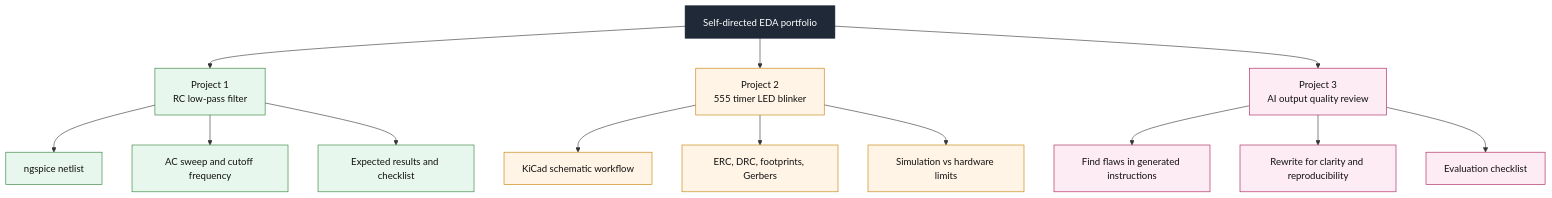
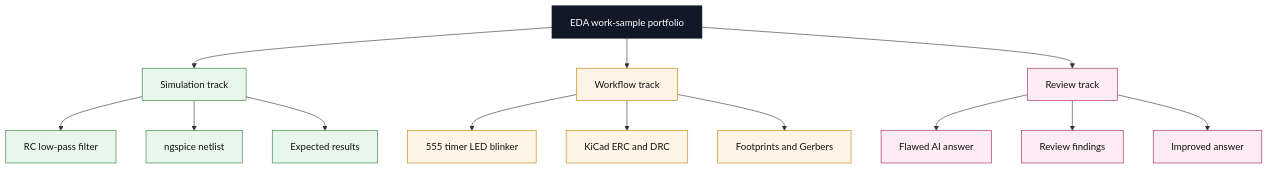
Before and after one commit to onehermes/eda-design-simulation-work-samples: the diagram in README.md, drawn with Mermaid. The commit also changed other lines of this file, not shown here.

Commit message:
Make the portfolio README more visual

````diff
--- a/README.md
+++ b/README.md
@@ -9,27 +37,27 @@
 ```mermaid
 flowchart TB
-    A[Self-directed EDA portfolio] --> B[Project 1<br/>RC low-pass filter]
-    A --> C[Project 2<br/>555 timer LED blinker]
-    A --> D[Project 3<br/>AI output quality review]
+    A[EDA work-sample portfolio] --> B[Simulation track]
+    A --> C[Workflow track]
+    A --> D[Review track]
 
-    B --> B1[ngspice netlist]
-    B --> B2[AC sweep and cutoff frequency]
-    B --> B3[Expected results and checklist]
+    B --> B1[RC low-pass filter]
+    B --> B2[ngspice netlist]
+    B --> B3[Expected results]
 
-    C --> C1[KiCad schematic workflow]
-    C --> C2[ERC, DRC, footprints, Gerbers]
-    C --> C3[Simulation vs hardware limits]
+    C --> C1[555 timer LED blinker]
+    C --> C2[KiCad ERC and DRC]
+    C --> C3[Footprints and Gerbers]
 
-    D --> D1[Find flaws in generated instructions]
-    D --> D2[Rewrite for clarity and reproducibility]
-    D --> D3[Evaluation checklist]
+    D --> D1[Flawed AI answer]
+    D --> D2[Review findings]
+    D --> D3[Improved answer]
 
-    classDef root fill:#1F2937,stroke:#111827,color:#FFFFFF;
+    classDef root fill:#111827,stroke:#111827,color:#FFFFFF;
     classDef sim fill:#E8F7EE,stroke:#2E7D32,color:#111111;
     classDef workflow fill:#FFF4E5,stroke:#C47F00,color:#111111;
     classDef review fill:#FDECF4,stroke:#A61B55,color:#111111;
     class A root;
     class B,B1,B2,B3 sim;
     class C,C1,C2,C3 workflow;
     class D,D1,D2,D3 review;
 ```
````
